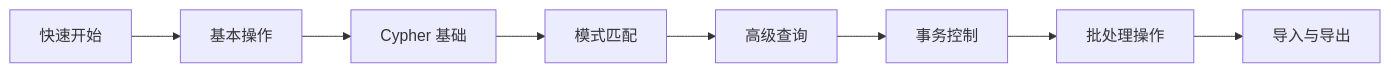
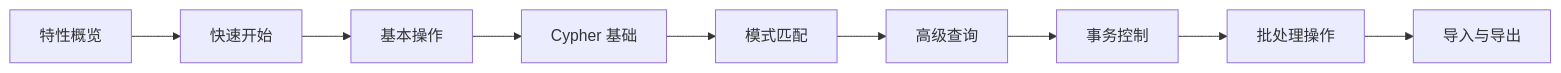
One commit to nexepic/zyx changed the first of 2 diagrams in docs/apps/docs/content/docs/zh/zyx/user-guide/index.mdx. Above: the diagram before and after it, drawn with Mermaid. The commit also changed other lines of this file and 19 other files, not shown here.

````diff
--- a/docs/apps/docs/content/docs/zh/zyx/user-guide/index.mdx
+++ b/docs/apps/docs/content/docs/zh/zyx/user-guide/index.mdx
@@ -34,10 +35,11 @@
 ```mermaid
 flowchart LR
-  A[快速开始] --> B[基本操作]
+  Z[特性概览] --> A[快速开始]
+  A --> B[基本操作]
   B --> C[Cypher 基础]
   C --> D[模式匹配]
   D --> E[高级查询]
   E --> F[事务控制]
   F --> G[批处理操作]
   G --> H[导入与导出]
 ```
````
